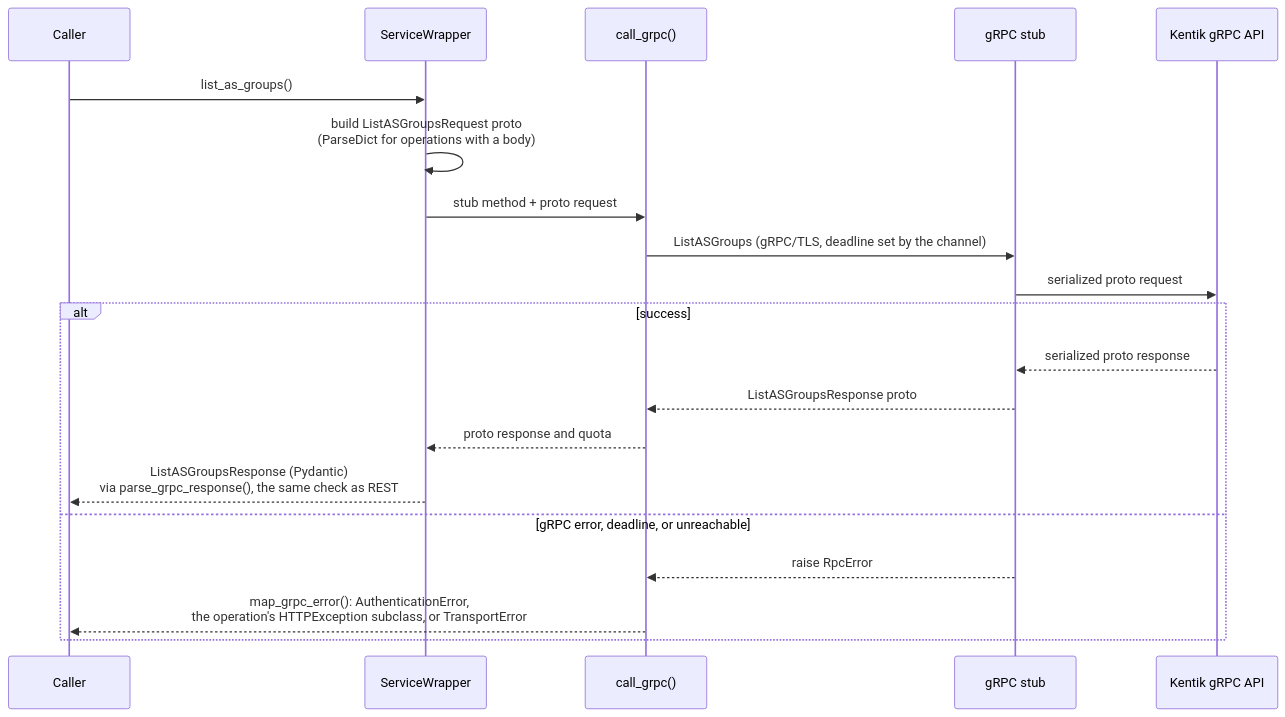
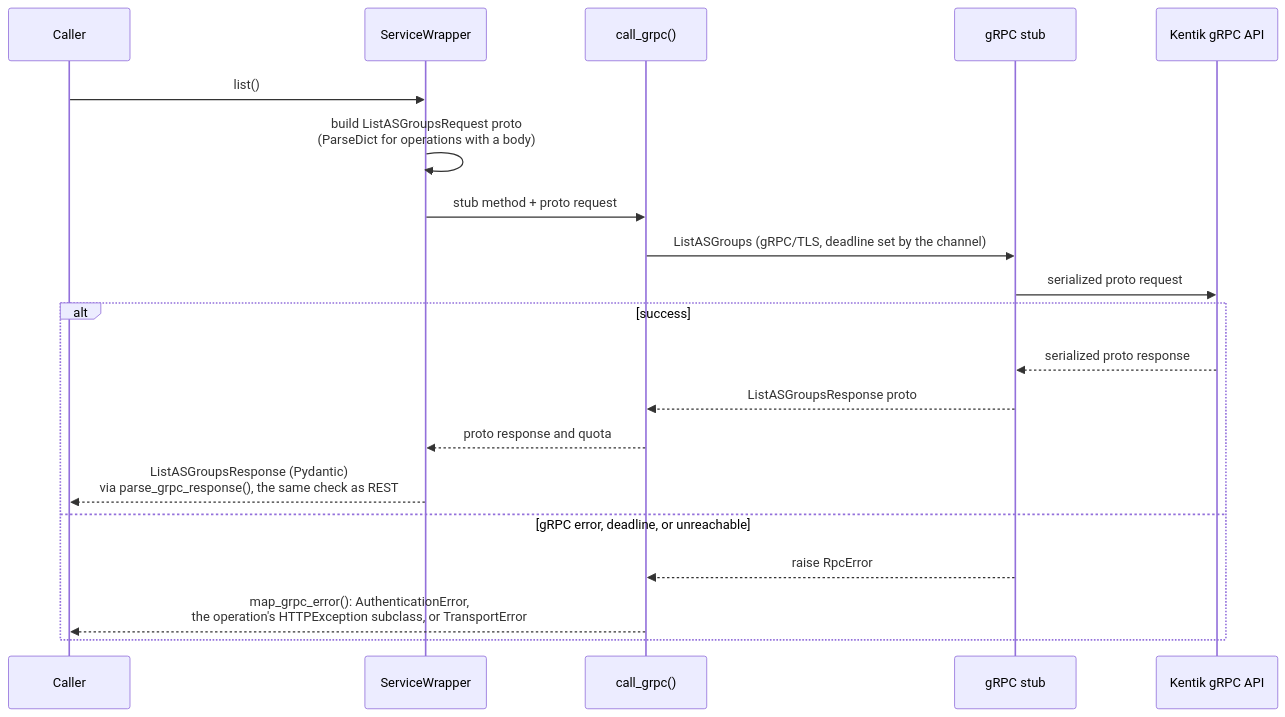
The second of 2 diagrams in docs/sphinx/guides/grpc.md (alexdearaujo/community_sdk_python), drawn with Mermaid before and after one commit. The commit also changed other lines of this file and 119 other files, not shown here.

````diff
--- a/docs/sphinx/guides/grpc.md
+++ b/docs/sphinx/guides/grpc.md
@@ -69,23 +69,23 @@
 ```mermaid
 sequenceDiagram
     participant C as Caller
     participant W as ServiceWrapper
     participant CG as call_grpc()
     participant S as gRPC stub
     participant API as Kentik gRPC API
 
-    C->>W: list_as_groups()
+    C->>W: list()
     W->>W: build ListASGroupsRequest proto<br/>(ParseDict for operations with a body)
     W->>CG: stub method + proto request
     CG->>S: ListASGroups (gRPC/TLS, deadline set by the channel)
     S->>API: serialized proto request
     alt success
         API-->>S: serialized proto response
         S-->>CG: ListASGroupsResponse proto
         CG-->>W: proto response and quota
         W-->>C: ListASGroupsResponse (Pydantic)<br/>via parse_grpc_response(), the same check as REST
     else gRPC error, deadline, or unreachable
         S-->>CG: raise RpcError
         CG-->>C: map_grpc_error(): AuthenticationError,<br/>the operation's HTTPException subclass, or TransportError
     end
 ```
````
